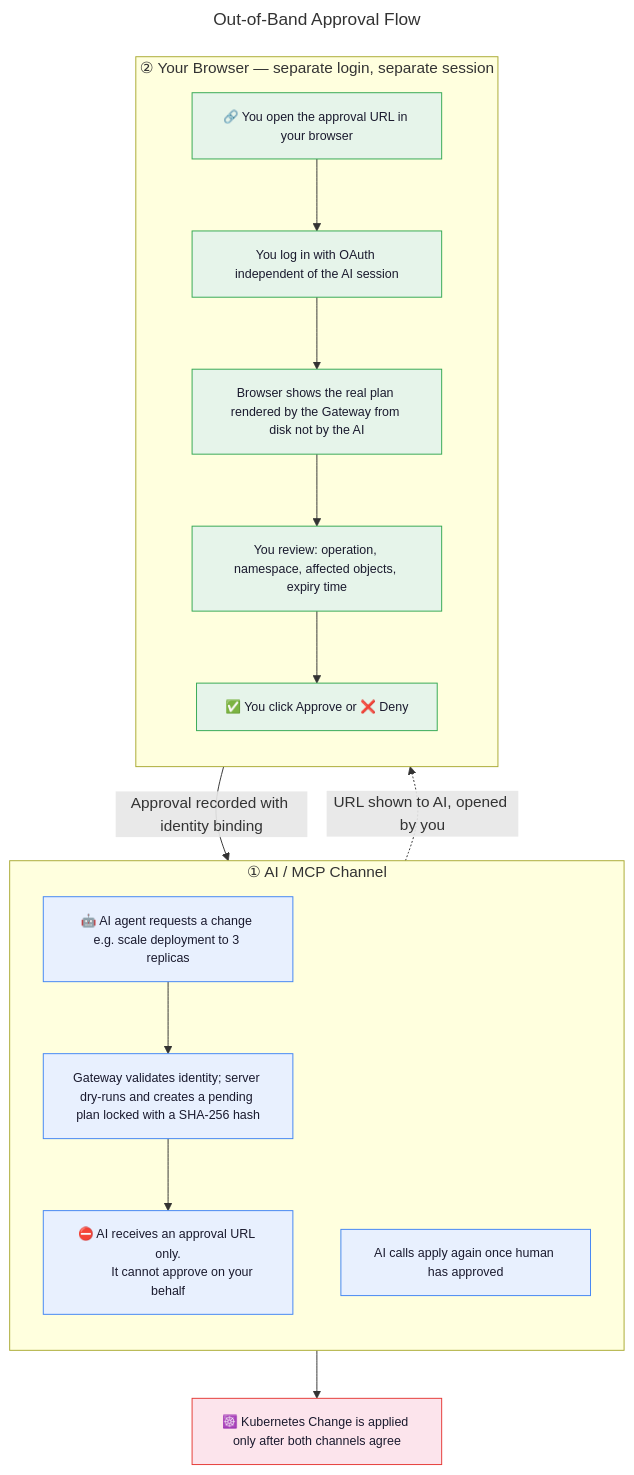
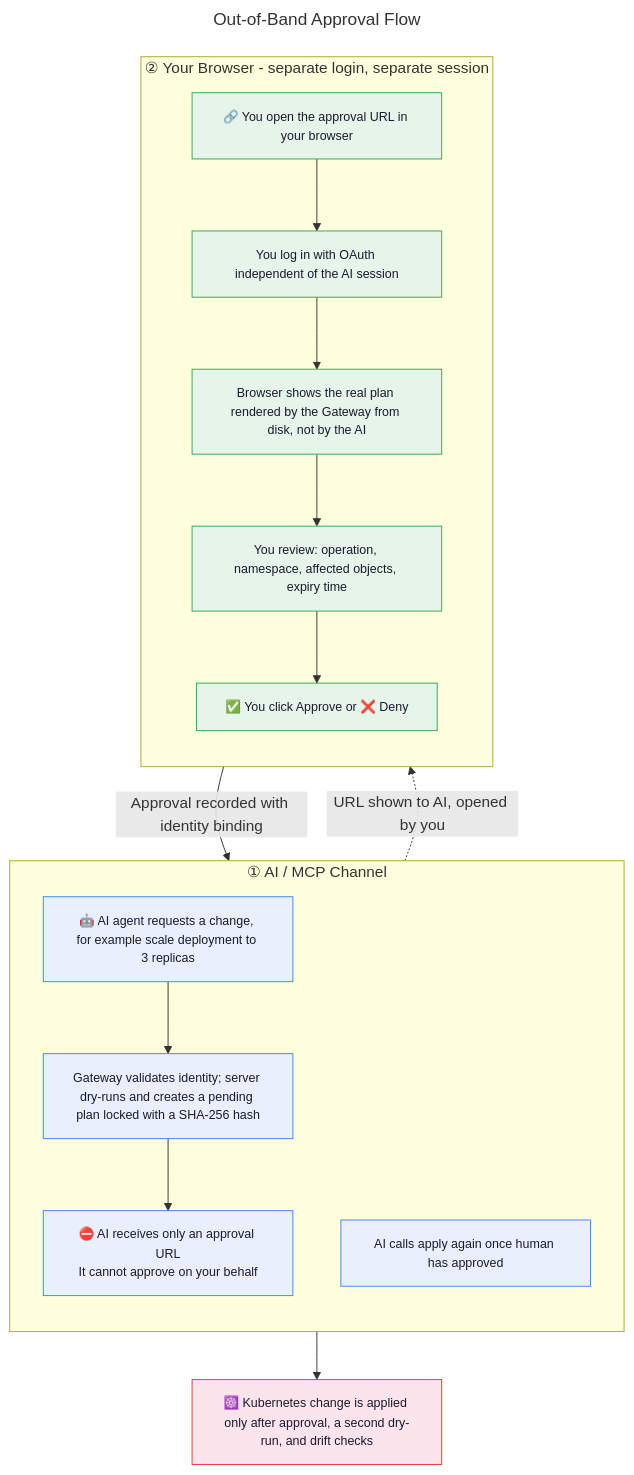
Before and after one commit to mirusser/Kubernetes-MCP-Guard: the second of 2 diagrams in README.md, drawn with Mermaid. The commit also changed other lines of this file, not shown here.

Commit message:
docs: root readme wording and diagrams improved

````diff
--- a/README.md
+++ b/README.md
@@ -74,40 +92,39 @@
 ```mermaid
 ---
 title: Out-of-Band Approval Flow
 ---
 flowchart TB
     classDef ai      fill:#e8f0fe,stroke:#4285f4,color:#1a1a2e,font-size:13px
     classDef browser fill:#e6f4ea,stroke:#34a853,color:#1a1a2e,font-size:13px
     classDef gate    fill:#fff3e0,stroke:#fb8c00,color:#1a1a2e,font-size:13px
     classDef k8s     fill:#fce4ec,stroke:#e53935,color:#1a1a2e,font-size:13px
 
     subgraph AI["① AI / MCP Channel"]
         direction TB
-        A1["🤖 AI agent requests a change e.g. scale deployment to 3 replicas"]
+        A1["🤖 AI agent requests a change, for example scale deployment to 3 replicas"]
         A2["Gateway validates identity; server dry-runs and creates a pending plan locked with a SHA-256 hash"]
-        A3["⛔ AI receives an approval URL only.
-         It cannot approve on your behalf"]
+        A3["⛔ AI receives only an approval URL<br/>It cannot approve on your behalf"]
         A4["AI calls apply again once human has approved"]
     end
 
-    subgraph OOB["② Your Browser  —  separate login, separate session"]
+    subgraph OOB["② Your Browser - separate login, separate session"]
         direction TB
         B1["🔗 You open the approval URL in your browser"]
         B2["You log in with OAuth independent of the AI session"]
-        B3["Browser shows the real plan rendered by the Gateway from disk not by the AI"]
+        B3["Browser shows the real plan rendered by the Gateway from disk, not by the AI"]
         B4["You review: operation, namespace, affected objects, expiry time"]
         B5["✅ You click Approve  or  ❌ Deny"]
     end
 
-    K8s["☸️ Kubernetes Change is applied only after both channels agree"]
+    K8s["☸️ Kubernetes change is applied only after approval, a second dry-run, and drift checks"]
 
     A1 --> A2 --> A3
     A3 -.->|"URL shown to AI, opened by you"| B1
     B1 --> B2 --> B3 --> B4 --> B5
     B5 -->|"Approval recorded with identity binding"| A4
     A4 --> K8s
 
     class A1,A2,A3,A4 ai
     class B1,B2,B3,B4,B5 browser
     class K8s k8s
 ```
````
